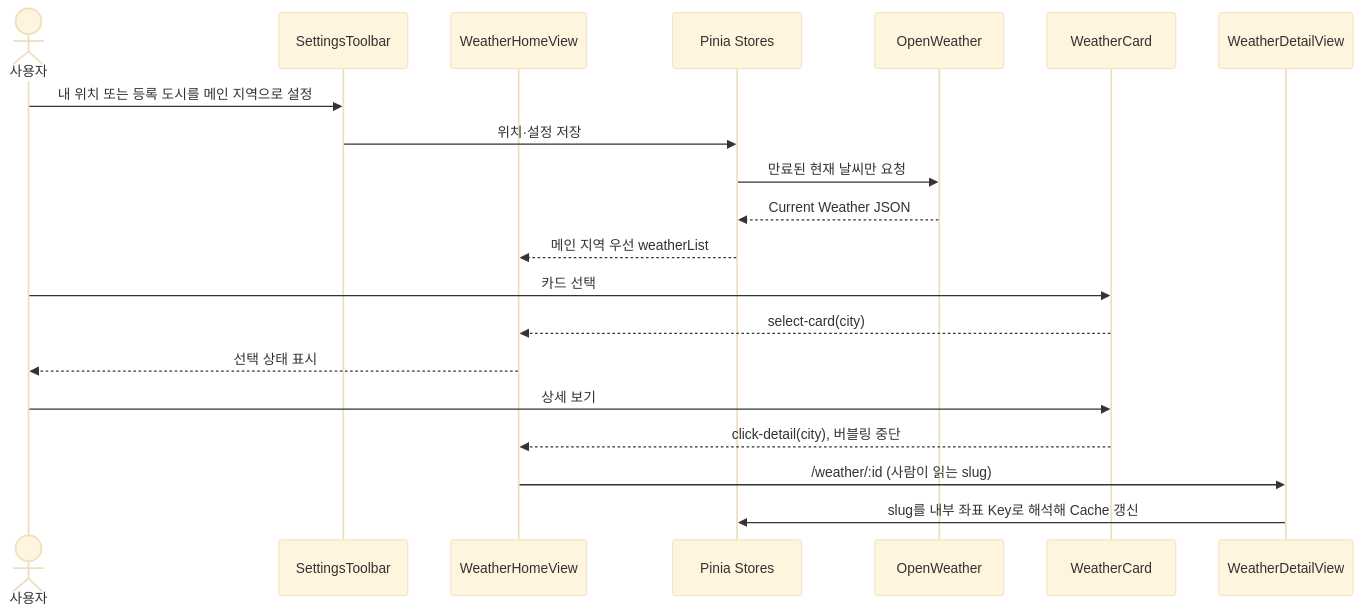
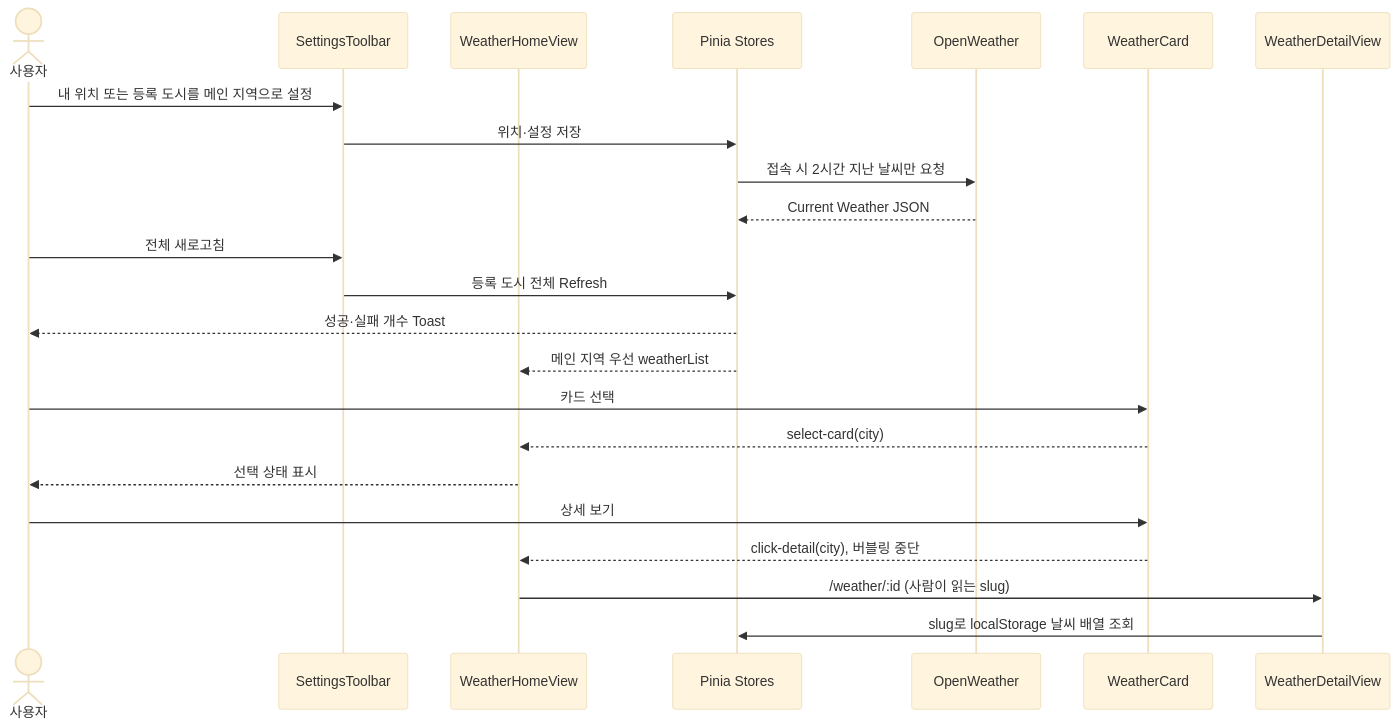
One commit to seungminoh-dev/skala-vue changed the second of 2 diagrams in requirements/ia.md. Above: the diagram before and after it, drawn with Mermaid (base theme). The commit also changed other lines of this file and 21 other files, not shown here.

Commit message:
Refactor: Weather API Refresh Rule

````diff
--- a/requirements/ia.md
+++ b/requirements/ia.md
@@ -137,23 +139,26 @@
 ```mermaid
 sequenceDiagram
   actor User as 사용자
   participant Toolbar as SettingsToolbar
   participant Home as WeatherHomeView
   participant Store as Pinia Stores
   participant API as OpenWeather
   participant Card as WeatherCard
   participant Detail as WeatherDetailView
 
   User->>Toolbar: 내 위치 또는 등록 도시를 메인 지역으로 설정
   Toolbar->>Store: 위치·설정 저장
-  Store->>API: 만료된 현재 날씨만 요청
+  Store->>API: 접속 시 2시간 지난 날씨만 요청
   API-->>Store: Current Weather JSON
+  User->>Toolbar: 전체 새로고침
+  Toolbar->>Store: 등록 도시 전체 Refresh
+  Store-->>User: 성공·실패 개수 Toast
   Store-->>Home: 메인 지역 우선 weatherList
   User->>Card: 카드 선택
   Card-->>Home: select-card(city)
   Home-->>User: 선택 상태 표시
   User->>Card: 상세 보기
   Card-->>Home: click-detail(city), 버블링 중단
   Home->>Detail: /weather/:id (사람이 읽는 slug)
-  Detail->>Store: slug를 내부 좌표 Key로 해석해 Cache 갱신
+  Detail->>Store: slug로 localStorage 날씨 배열 조회
 ```
````
